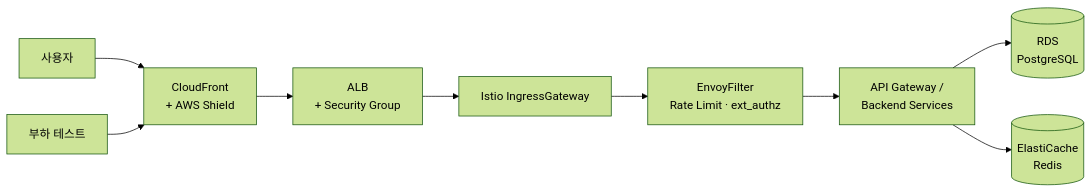
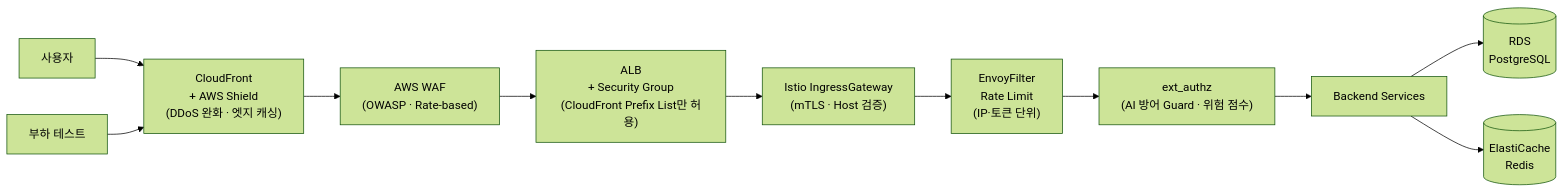
Before and after one commit to goorm-gongbang/001-finalPR: the diagram in docs/content/infrastructure/external-entry.md, drawn with Mermaid (forest theme). The commit also changed other lines of this file and 7 other files, not shown here.

````diff
--- a/docs/content/infrastructure/external-entry.md
+++ b/docs/content/infrastructure/external-entry.md
@@ -7,11 +7,13 @@
 ```mermaid
 flowchart LR
-    USER["사용자"] --> CF["CloudFront<br/>+ AWS Shield"]
+    USER["사용자"] --> CF["CloudFront<br/>+ AWS Shield<br/>(DDoS 완화 · 엣지 캐싱)"]
     LOAD["부하 테스트"] --> CF
-    CF --> ALB["ALB<br/>+ Security Group"]
-    ALB --> GW["Istio IngressGateway"]
-    GW --> FILTER["EnvoyFilter<br/>Rate Limit · ext_authz"]
-    FILTER --> API["API Gateway /<br/>Backend Services"]
+    CF --> WAF["AWS WAF<br/>(OWASP · Rate-based)"]
+    WAF --> ALB["ALB<br/>+ Security Group<br/>(CloudFront Prefix List만 허용)"]
+    ALB --> GW["Istio IngressGateway<br/>(mTLS · Host 검증)"]
+    GW --> RL["EnvoyFilter<br/>Rate Limit<br/>(IP·토큰 단위)"]
+    RL --> AUTHZ["ext_authz<br/>(AI 방어 Guard · 위험 점수)"]
+    AUTHZ --> API["Backend Services"]
     API --> RDS[("RDS<br/>PostgreSQL")]
     API --> REDIS[("ElastiCache<br/>Redis")]
 ```
````
